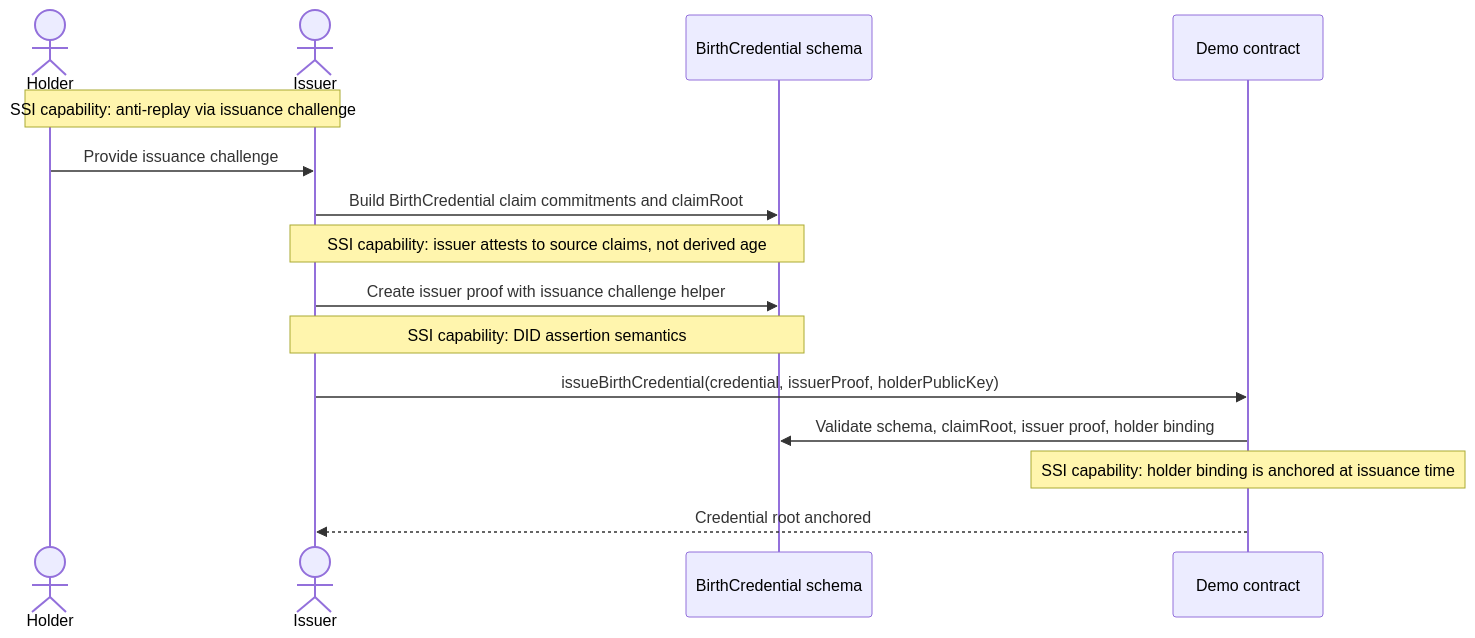
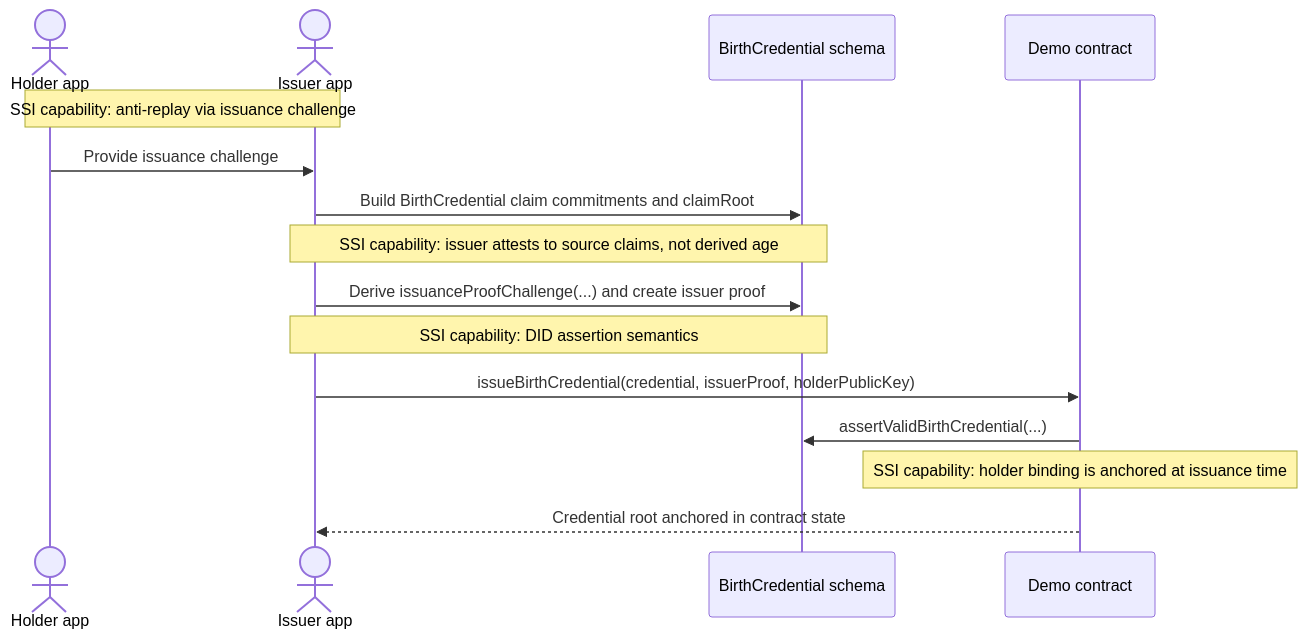
One commit to midnightntwrk/midnight-did changed the first of 2 diagrams in research/midnight-credentials.md. Above: the diagram before and after it, drawn with Mermaid. The commit also changed other lines of this file and 65 other files, not shown here.

First line of the commit message:
feat(credentials): refactor into modular architecture with per-capability tests

````diff
--- a/research/midnight-credentials.md
+++ b/research/midnight-credentials.md
@@ -697,18 +791,18 @@
 ```mermaid
 sequenceDiagram
-    actor Holder
-    actor Issuer
+    actor Holder as Holder app
+    actor Issuer as Issuer app
     participant Schema as BirthCredential schema
     participant Contract as Demo contract
 
     Note over Holder,Issuer: SSI capability: anti-replay via issuance challenge
     Holder->>Issuer: Provide issuance challenge
     Issuer->>Schema: Build BirthCredential claim commitments and claimRoot
     Note over Issuer,Schema: SSI capability: issuer attests to source claims, not derived age
-    Issuer->>Schema: Create issuer proof with issuance challenge helper
+    Issuer->>Schema: Derive issuanceProofChallenge(...) and create issuer proof
     Note over Issuer,Schema: SSI capability: DID assertion semantics
     Issuer->>Contract: issueBirthCredential(credential, issuerProof, holderPublicKey)
-    Contract->>Schema: Validate schema, claimRoot, issuer proof, holder binding
+    Contract->>Schema: assertValidBirthCredential(...)
     Note over Contract: SSI capability: holder binding is anchored at issuance time
-    Contract-->>Issuer: Credential root anchored
+    Contract-->>Issuer: Credential root anchored in contract state
 ```
````
